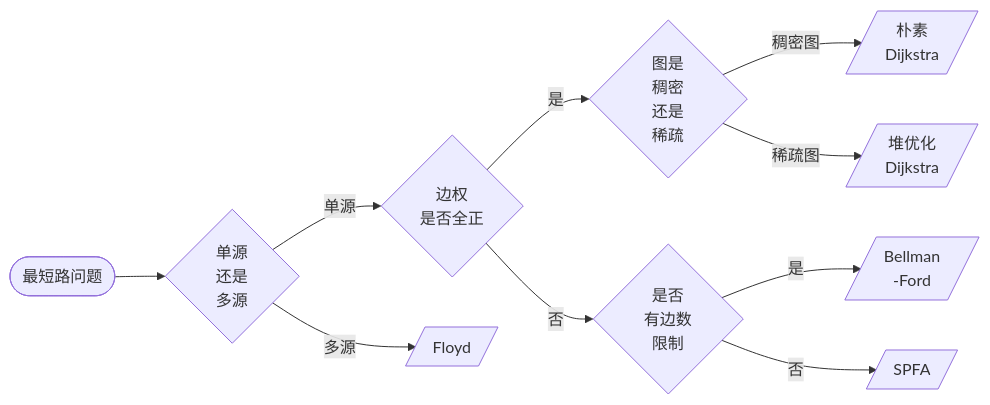
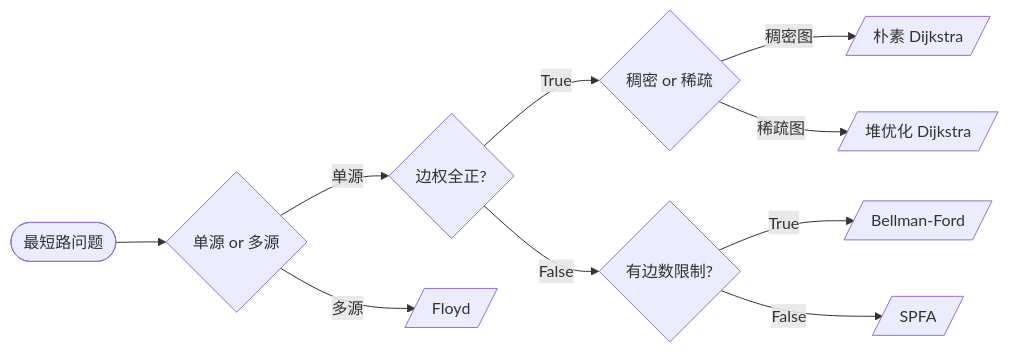
The diagram in 5-图论/5.3-最短路算法/index.md (cuberxl/Coders-Note), drawn with Mermaid before and after one commit. The commit also changed other lines of this file, not shown here.

Commit message:
5-图论/5.3-最短路算法/index.md updated from https://stackedit.cn/

````diff
--- a/5-图论/5.3-最短路算法/index.md
+++ b/5-图论/5.3-最短路算法/index.md
@@ -33,16 +33,16 @@
 ```mermaid
 graph LR
-    A([最短路问题]) --> B{单源<br/>还是<br/>多源}
+    A([最短路问题]) --> B{单源 or 多源}
     
-    B -- 单源 --> C{边权<br/>是否全正}
+    B -- 单源 --> C{边权全正?}
     B -- 多源 --> D[/Floyd/]
     
-    C -- 是 --> E{图是<br/>稠密<br/>还是<br/>稀疏}
-    C -- 否 --> F{是否<br/>有边数<br/>限制}
+    C -- True --> E{稠密 or 稀疏}
+    C -- False --> F{有边数限制?}
     
-    E -- 稠密图 --> G[/朴素<br/>Dijkstra/]
-    E -- 稀疏图 --> H[/堆优化<br/>Dijkstra/]
+    E -- 稠密图 --> G[/朴素 Dijkstra/]
+    E -- 稀疏图 --> H[/堆优化 Dijkstra/]
     
-    F -- 是 --> I[/Bellman<br/>-Ford/]
-    F -- 否 --> J[/SPFA/]
+    F -- True --> I[/Bellman-Ford/]
+    F -- False --> J[/SPFA/]
 ```
````
